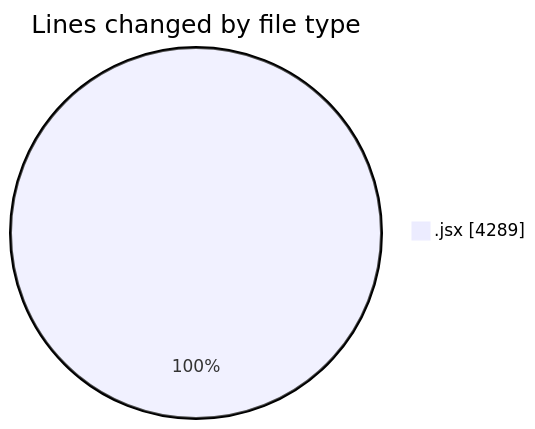
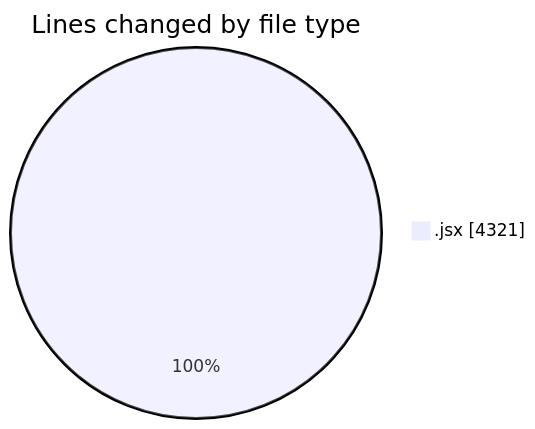
The first of 2 diagrams in 2026-01-13/nxtqube_webapp/README.md (nxtqubesakshisongat/code-tracking), drawn with Mermaid before and after one commit. The commit also changed other lines of this file and 1 other file, not shown here.

````diff
--- a/2026-01-13/nxtqube_webapp/README.md
+++ b/2026-01-13/nxtqube_webapp/README.md
@@ -23,5 +23,5 @@
 ```mermaid
 pie showData
 title Lines changed by file type
-".jsx" : 4289
+".jsx" : 4321
 ```
````
